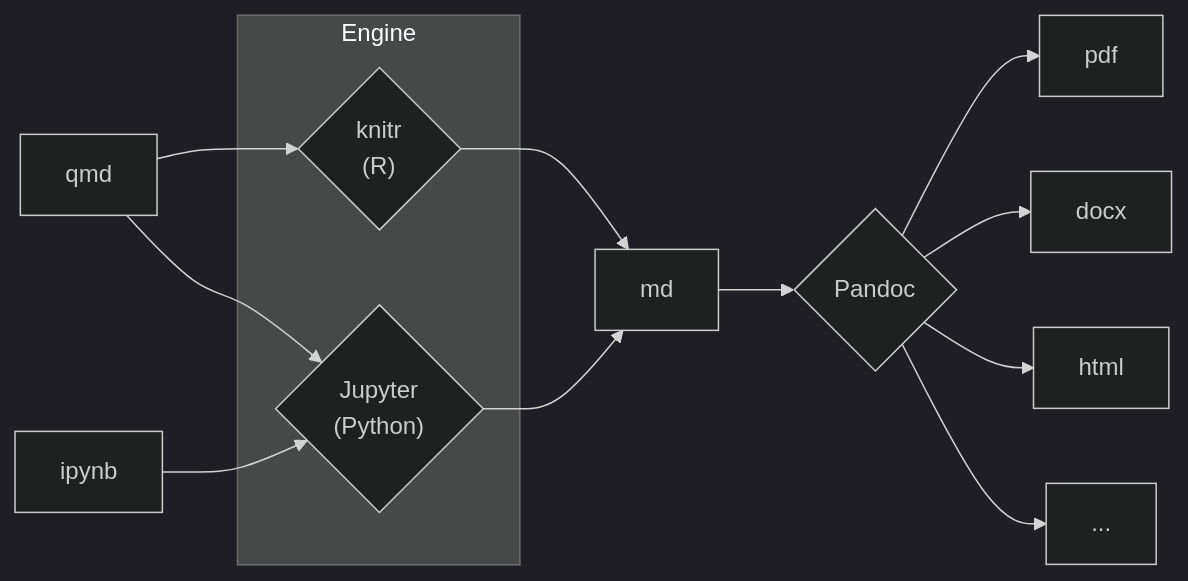
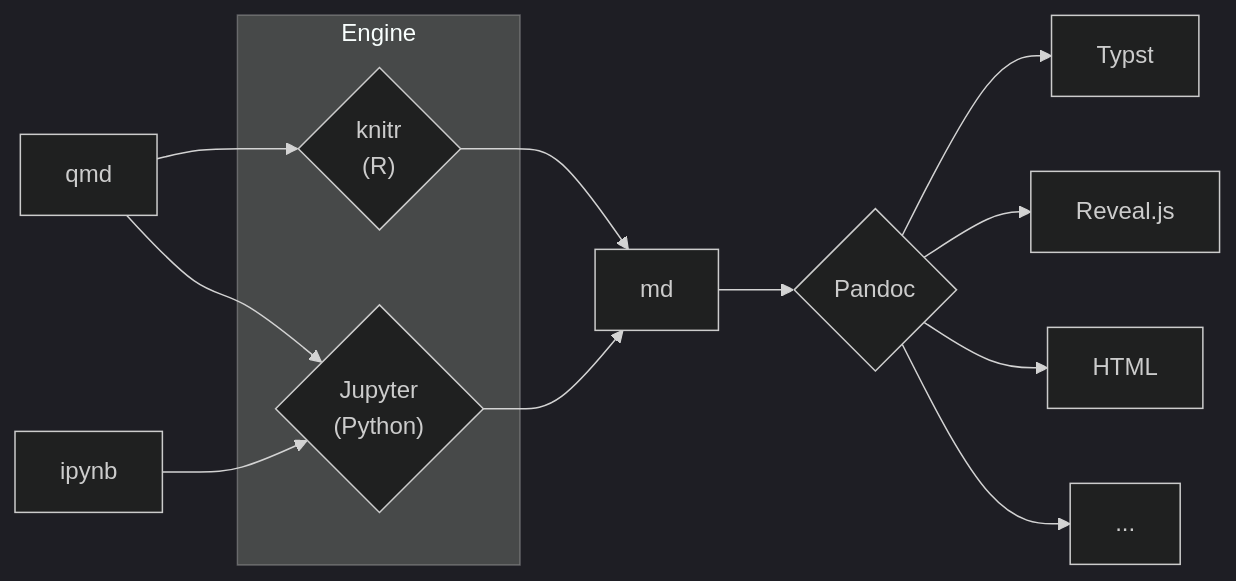
The first of 3 diagrams in sessions/01-introduction-setup/index.qmd (mcanouil/mastering-quarto-cli), drawn with Mermaid before and after one commit. The commit also changed other lines of this file and 201 other files, not shown here.

````diff
--- a/sessions/01-introduction-setup/index.qmd
+++ b/sessions/01-introduction-setup/index.qmd
@@ -55,25 +93,26 @@
 ```{mermaid}
+%%| label: quarto-workflow
 %%| fig-width: 10
 %%{
   init: {
     "theme": "dark",
     "themeCSS": ".label foreignObject, .cluster-label foreignObject { font-size: 90%; overflow: visible; }"
   }
 }%%
 flowchart LR
   A1[qmd] --> C{"knitr<br>(R)"}
   A1[qmd] --> B{"Jupyter<br>(Python)"}
   A2[ipynb] --> B{"Jupyter<br>(Python)"}
   B --> D[md]
   C --> D[md]
-  D --> E{Pandoc}
-  E --> F[pdf]
-  E --> G[docx]
-  E --> H[html]
+  D --> E{"Pandoc"}
+  E --> F["Typst"]
+  E --> G["Reveal.js"]
+  E --> H["HTML"]
   E --> I[...]
 
   subgraph engine [Engine]
   B
   C
   end
 ```
````
